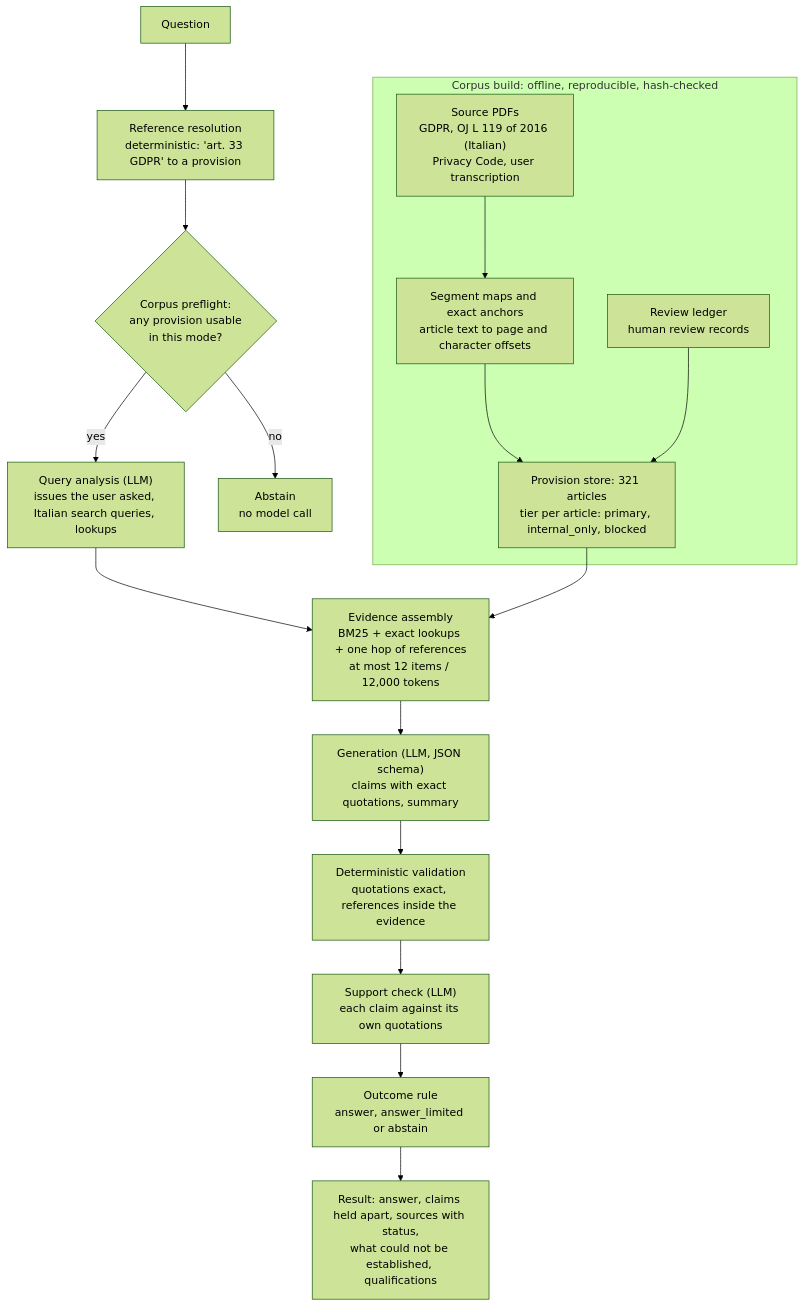
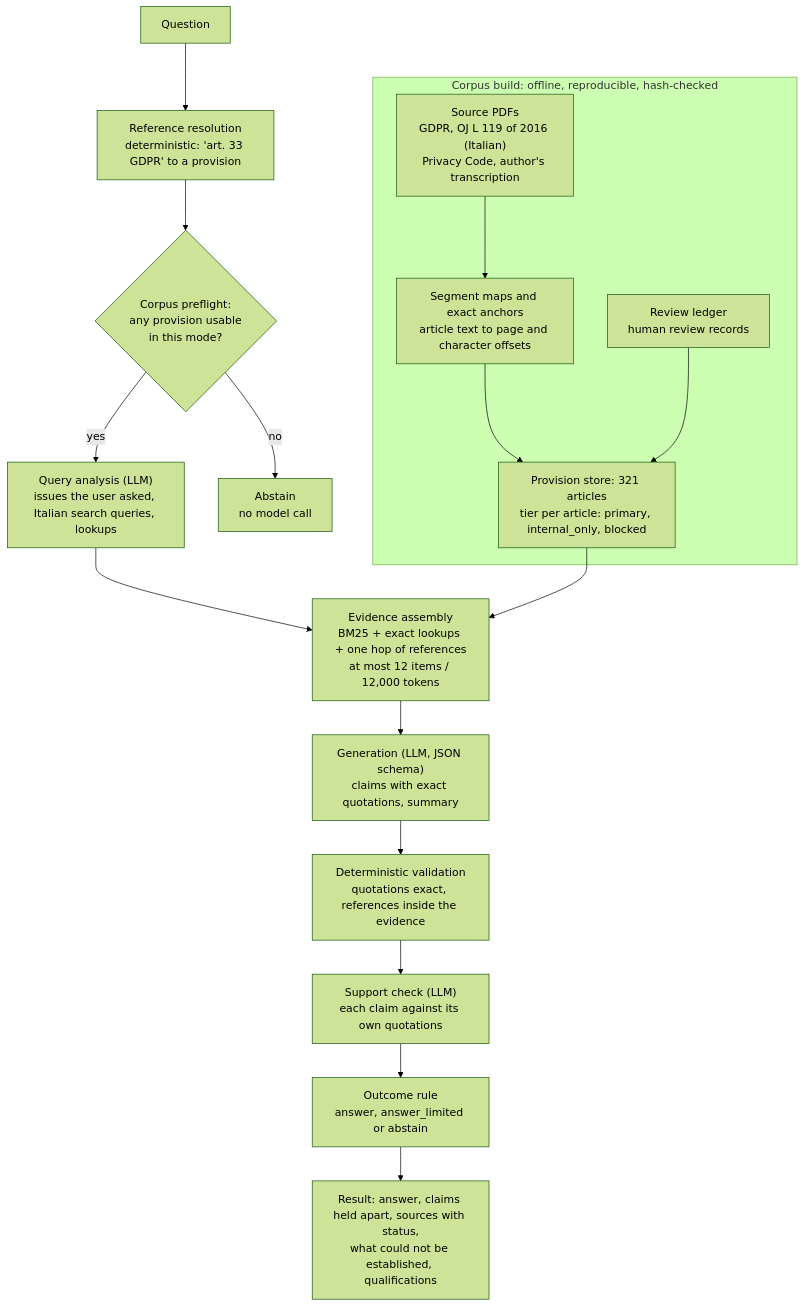
Before and after one commit to SimoneZanetti00/legal-rag: the diagram in README.md, drawn with Mermaid (forest theme). The commit also changed other lines of this file and 12 other files, not shown here.

````diff
--- a/README.md
+++ b/README.md
@@ -76,19 +79,19 @@
 ```mermaid
 flowchart TD
   subgraph build["Corpus build: offline, reproducible, hash-checked"]
-    PDF["Source PDFs<br/>GDPR, OJ L 119 of 2016 (Italian)<br/>Privacy Code, user transcription"] --> SEG["Segment maps and exact anchors<br/>article text to page and character offsets"]
+    PDF["Source PDFs<br/>GDPR, OJ L 119 of 2016 (Italian)<br/>Privacy Code, author's transcription"] --> SEG["Segment maps and exact anchors<br/>article text to page and character offsets"]
     SEG --> STORE["Provision store: 321 articles<br/>tier per article: primary, internal_only, blocked"]
     LEDGER["Review ledger<br/>human review records"] --> STORE
   end
   Q["Question"] --> REF["Reference resolution<br/>deterministic: 'art. 33 GDPR' to a provision"]
   REF --> PRE{"Corpus preflight:<br/>any provision usable<br/>in this mode?"}
   PRE -- no --> ABST["Abstain<br/>no model call"]
   PRE -- yes --> QA["Query analysis (LLM)<br/>issues the user asked, Italian search queries, lookups"]
   QA --> EV["Evidence assembly<br/>BM25 + exact lookups + one hop of references<br/>at most 12 items / 12,000 tokens"]
   STORE --> EV
   EV --> GEN["Generation (LLM, JSON schema)<br/>claims with exact quotations, summary"]
   GEN --> VAL["Deterministic validation<br/>quotations exact, references inside the evidence"]
   VAL --> SUP["Support check (LLM)<br/>each claim against its own quotations"]
   SUP --> OUT["Outcome rule<br/>answer, answer_limited or abstain"]
   OUT --> RES["Result: answer, claims held apart, sources with status,<br/>what could not be established, qualifications"]
 ```
````
